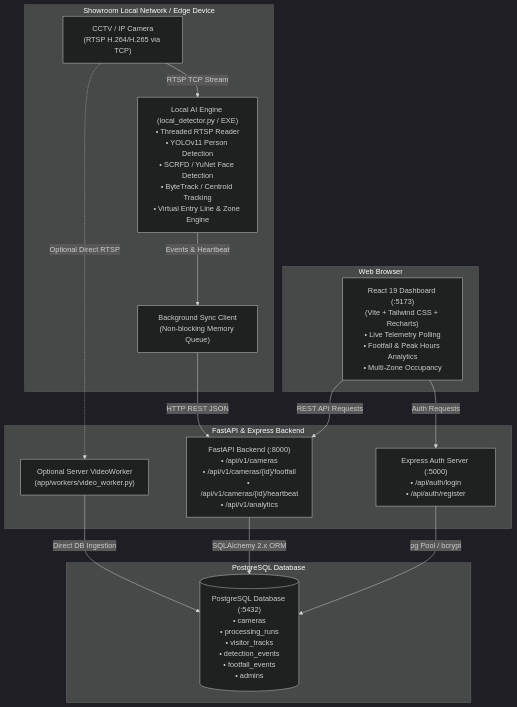
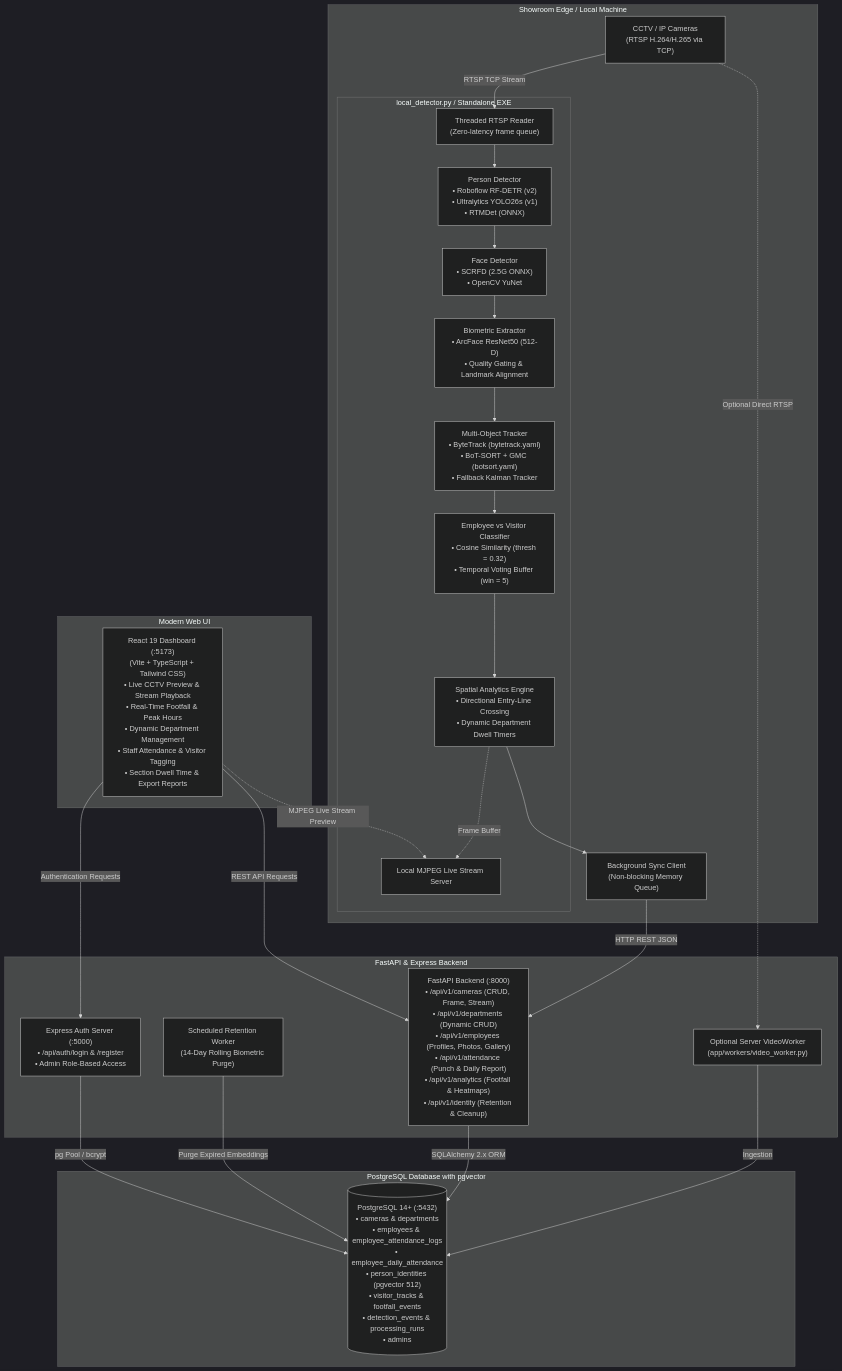
Before and after one commit to sujitctpl/jms-tech: the first of 4 diagrams in flow.md, drawn with Mermaid (dark theme). The commit also changed other lines of this file and 2 other files, not shown here.

Commit message:
updated readme and flow.md files

````diff
--- a/flow.md
+++ b/flow.md
@@ -11,32 +11,54 @@
 ```mermaid
 graph TD
-    subgraph Edge Layer [Showroom Local Network / Edge Device]
-        CCTV["CCTV / IP Camera\n(RTSP H.264/H.265 via TCP)"]
-        Edge["Local AI Engine (local_detector.py / EXE)\n• Threaded RTSP Reader\n• YOLOv11 Person Detection\n• SCRFD / YuNet Face Detection\n• ByteTrack / Centroid Tracking\n• Virtual Entry Line & Zone Engine"]
-        Queue["Background Sync Client\n(Non-blocking Memory Queue)"]
+    subgraph Edge Layer [Showroom Edge / Local Machine]
+        CCTV["CCTV / IP Cameras\n(RTSP H.264/H.265 via TCP)"]
+        
+        subgraph Vision Pipeline [local_detector.py / Standalone EXE]
+            RTSP["Threaded RTSP Reader\n(Zero-latency frame queue)"]
+            Detector["Person Detector\n• Roboflow RF-DETR (v2)\n• Ultralytics YOLO26s (v1)\n• RTMDet (ONNX)"]
+            FaceDet["Face Detector\n• SCRFD (2.5G ONNX)\n• OpenCV YuNet"]
+            Embedder["Biometric Extractor\n• ArcFace ResNet50 (512-D)\n• Quality Gating & Landmark Alignment"]
+            Tracker["Multi-Object Tracker\n• ByteTrack (bytetrack.yaml)\n• BoT-SORT + GMC (botsort.yaml)\n• Fallback Kalman Tracker"]
+            StaffClassifier["Employee vs Visitor Classifier\n• Cosine Similarity (thresh = 0.32)\n• Temporal Voting Buffer (win = 5)"]
+            LineZone["Spatial Analytics Engine\n• Directional Entry-Line Crossing\n• Dynamic Department Dwell Timers"]
+            MJPEG["Local MJPEG Live Stream Server"]
+        end
+        
+        SyncQueue["Background Sync Client\n(Non-blocking Memory Queue)"]
     end
 
     subgraph Central Backend [FastAPI & Express Backend]
-        API["FastAPI Backend (:8000)\n• /api/v1/cameras\n• /api/v1/cameras/{id}/footfall\n• /api/v1/cameras/{id}/heartbeat\n• /api/v1/analytics"]
-        AuthSrv["Express Auth Server (:5000)\n• /api/auth/login\n• /api/auth/register"]
-        Worker["Optional Server VideoWorker\n(app/workers/video_worker.py)"]
+        API["FastAPI Backend (:8000)\n• /api/v1/cameras (CRUD, Frame, Stream)\n• /api/v1/departments (Dynamic CRUD)\n• /api/v1/employees (Profiles, Photos, Gallery)\n• /api/v1/attendance (Punch & Daily Report)\n• /api/v1/analytics (Footfall & Heatmaps)\n• /api/v1/identity (Retention & Cleanup)"]
+        RetentionWorker["Scheduled Retention Worker\n(14-Day Rolling Biometric Purge)"]
+        AuthSrv["Express Auth Server (:5000)\n• /api/auth/login & /register\n• Admin Role-Based Access"]
+        ServerWorker["Optional Server VideoWorker\n(app/workers/video_worker.py)"]
     end
 
-    subgraph Persistence [PostgreSQL Database]
-        DB[("PostgreSQL Database (:5432)\n• cameras\n• processing_runs\n• visitor_tracks\n• detection_events\n• footfall_events\n• admins")]
+    subgraph Persistence [PostgreSQL Database with pgvector]
+        DB[("PostgreSQL 14+ (:5432)\n• cameras & departments\n• employees & employee_attendance_logs\n• employee_daily_attendance\n• person_identities (pgvector 512)\n• visitor_tracks & footfall_events\n• detection_events & processing_runs\n• admins")]
     end
 
-    subgraph Client Layer [Web Browser]
-        UI["React 19 Dashboard (:5173)\n(Vite + Tailwind CSS + Recharts)\n• Live Telemetry Polling\n• Footfall & Peak Hours Analytics\n• Multi-Zone Occupancy"]
+    subgraph Client Layer [Modern Web UI]
+        UI["React 19 Dashboard (:5173)\n(Vite + TypeScript + Tailwind CSS)\n• Live CCTV Preview & Stream Playback\n• Real-Time Footfall & Peak Hours\n• Dynamic Department Management\n• Staff Attendance & Visitor Tagging\n• Section Dwell Time & Export Reports"]
     end
 
-    CCTV -->|RTSP TCP Stream| Edge
-    Edge -->|Events & Heartbeat| Queue
-    Queue -->|HTTP REST JSON| API
-    CCTV -.->|Optional Direct RTSP| Worker
-    Worker -->|Direct DB Ingestion| DB
+    CCTV -->|RTSP TCP Stream| RTSP
+    RTSP --> Detector
+    Detector --> FaceDet
+    FaceDet --> Embedder
+    Embedder --> Tracker
+    Tracker --> StaffClassifier
+    StaffClassifier --> LineZone
+    LineZone --> SyncQueue
+    LineZone -.->|Frame Buffer| MJPEG
+
+    SyncQueue -->|HTTP REST JSON| API
+    CCTV -.->|Optional Direct RTSP| ServerWorker
+    ServerWorker -->|Ingestion| DB
     API -->|SQLAlchemy 2.x ORM| DB
+    RetentionWorker -->|Purge Expired Embeddings| DB
     AuthSrv -->|pg Pool / bcrypt| DB
     UI -->|REST API Requests| API
-    UI -->|Auth Requests| AuthSrv
+    UI -->|Authentication Requests| AuthSrv
+    UI -.->|MJPEG Live Stream Preview| MJPEG
 ```
````
